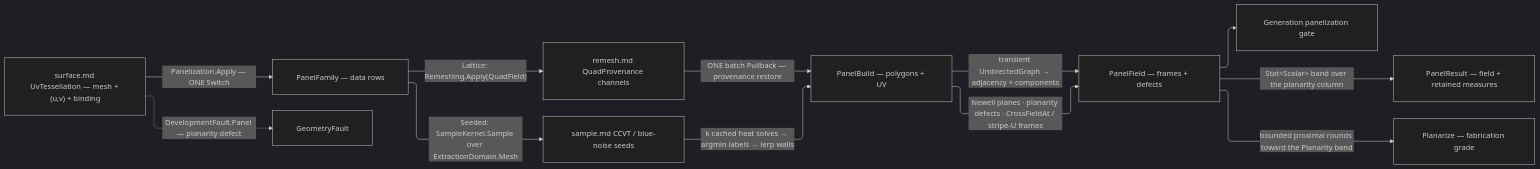
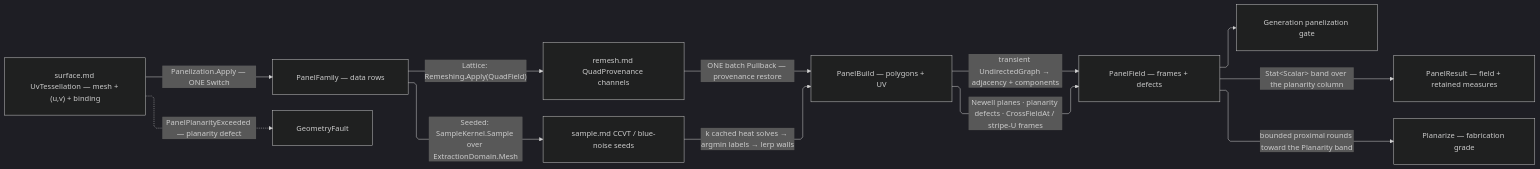
One commit to bsamiee/Rasm changed the diagram in libs/dotnet/Rasm/.planning/Parametric/panelize.md. Above: the diagram before and after it, drawn with Mermaid (dark theme). The commit also changed other lines of this file and 99 other files, not shown here.

````diff
--- a/libs/dotnet/Rasm/.planning/Parametric/panelize.md
+++ b/libs/dotnet/Rasm/.planning/Parametric/panelize.md
@@ -529,23 +527,23 @@
 ```mermaid
 ---
 config:
   layout: elk
   flowchart:
     curve: linear
     padding: 25
 ---
 flowchart LR
     accTitle: Panelization flow
     accDescr: PanelOp folds seeds through the cross-field remesh and pullback into the PanelField SoA wire with frames, planarity, adjacency, component, shape-class, and flip-parity columns.
     UvT["surface.md UvTessellation — mesh + (u,v) + binding"] -->|"Panelization.Apply — ONE Switch"| Family["PanelFamily — data rows"]
     Family -->|"Lattice: Remeshing.Apply(QuadField)"| Remesh["remesh.md QuadProvenance channels"]
     Remesh -->|"ONE batch Pullback — provenance restore"| Build["PanelBuild — polygons + UV"]
     Family -->|"Seeded: SampleKernel.Sample over ExtractionDomain.Mesh"| Seeds["sample.md CCVT / blue-noise seeds"]
     Seeds -->|"k cached heat solves → argmin labels → lerp walls"| Build
     Build -->|"Newell planes · planarity defects · CrossFieldAt / stripe-U frames"| Field["PanelField — frames + defects"]
     Build -->|"transient UndirectedGraph → adjacency + components"| Field
     Field -->|"Stat&lt;Scalar&gt; band over the planarity column"| Result["PanelResult — field + retained measures"]
     Field -->|"bounded proximal rounds toward the Planarity band"| Planar["Planarize — fabrication grade"]
     Field --> Gate["Generation panelization gate"]
-    UvT -.->|"DevelopmentFault.Panel — planarity defect"| GeometryFault
+    UvT -.->|"PanelPlanarityExceeded — planarity defect"| GeometryFault
 ```
````
